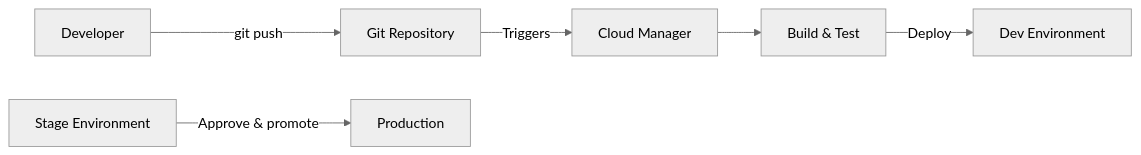
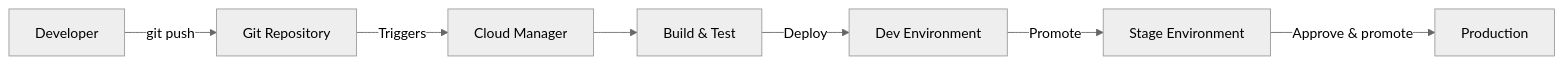
Before and after one commit to LucaNerlich/lucanerlich.com: the first of 4 diagrams in docs/aem/beginners-guide/14-deployment-and-cloud-manager.md, drawn with Mermaid (neutral theme). The commit also changed other lines of this file and 11 other files, not shown here.

````diff
--- a/docs/aem/beginners-guide/14-deployment-and-cloud-manager.md
+++ b/docs/aem/beginners-guide/14-deployment-and-cloud-manager.md
@@ -24,16 +24,17 @@
 ```mermaid
 flowchart LR
     Dev["Developer"]
     Git["Git Repository"]
     CM["Cloud Manager"]
     Build["Build & Test"]
     DevEnv["Dev Environment"]
     Stage["Stage Environment"]
     Prod["Production"]
 
     Dev -->|"git push"| Git
     Git -->|"Triggers"| CM
     CM --> Build
     Build -->|"Deploy"| DevEnv
+    DevEnv -->|"Promote"| Stage
     Stage -->|"Approve & promote"| Prod
 ```
````
